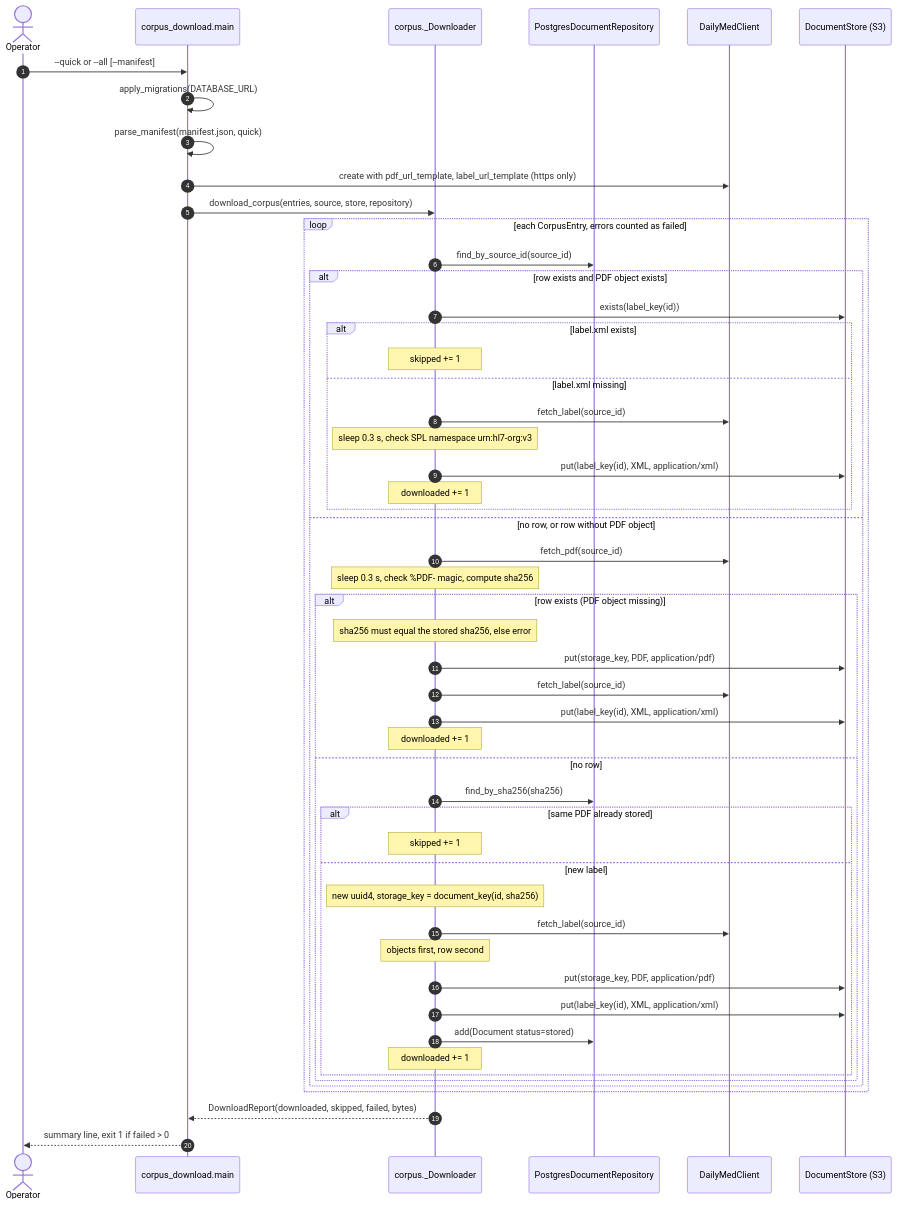
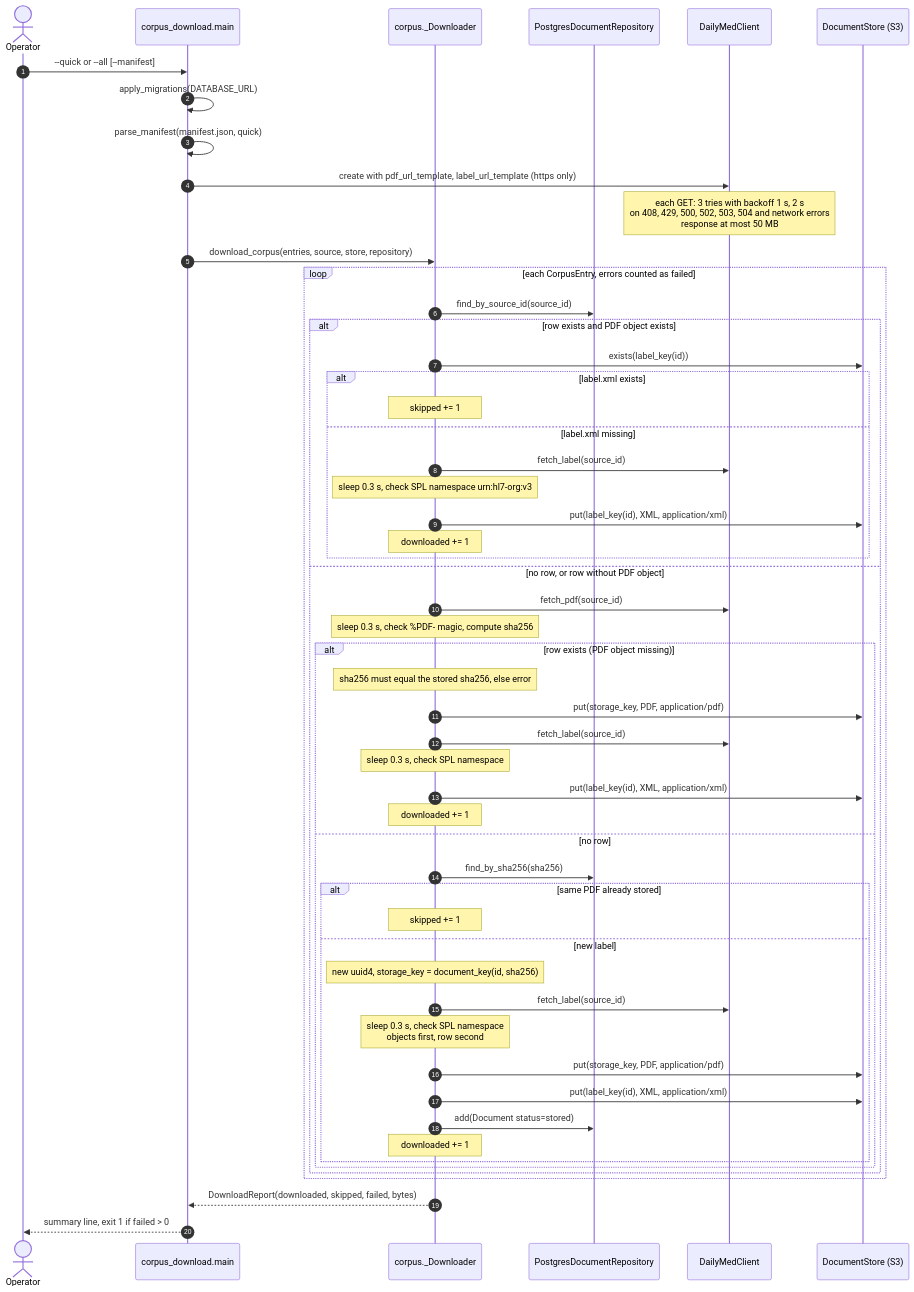
The diagram in docs/diagrams/corpus-download.md (G-MAKROGLOU/docuchat), drawn with Mermaid before and after one commit. The commit also changed other lines of this file and 6 other files, not shown here.

Commit message:
docs: update the architecture diagrams to the current code

````diff
--- a/docs/diagrams/corpus-download.md
+++ b/docs/diagrams/corpus-download.md
@@ -5,57 +7,59 @@
 ```mermaid
 sequenceDiagram
     autonumber
     actor Op as Operator
     participant CLI as corpus_download.main
     participant DL as corpus._Downloader
     participant Repo as PostgresDocumentRepository
     participant Src as DailyMedClient
     participant Store as DocumentStore (S3)
 
     Op->>CLI: --quick or --all [--manifest]
     CLI->>CLI: apply_migrations(DATABASE_URL)
     CLI->>CLI: parse_manifest(manifest.json, quick)
     CLI->>Src: create with pdf_url_template, label_url_template (https only)
+    Note over Src: each GET: 3 tries with backoff 1 s, 2 s<br/>on 408, 429, 500, 502, 503, 504 and network errors<br/>response at most 50 MB
     CLI->>DL: download_corpus(entries, source, store, repository)
 
     loop each CorpusEntry, errors counted as failed
         DL->>Repo: find_by_source_id(source_id)
         alt row exists and PDF object exists
             DL->>Store: exists(label_key(id))
             alt label.xml exists
                 Note over DL: skipped += 1
             else label.xml missing
                 DL->>Src: fetch_label(source_id)
                 Note over DL: sleep 0.3 s, check SPL namespace urn:hl7-org:v3
                 DL->>Store: put(label_key(id), XML, application/xml)
                 Note over DL: downloaded += 1
             end
         else no row, or row without PDF object
             DL->>Src: fetch_pdf(source_id)
             Note over DL: sleep 0.3 s, check %PDF- magic, compute sha256
             alt row exists (PDF object missing)
                 Note over DL: sha256 must equal the stored sha256, else error
                 DL->>Store: put(storage_key, PDF, application/pdf)
                 DL->>Src: fetch_label(source_id)
+                Note over DL: sleep 0.3 s, check SPL namespace
                 DL->>Store: put(label_key(id), XML, application/xml)
                 Note over DL: downloaded += 1
             else no row
                 DL->>Repo: find_by_sha256(sha256)
                 alt same PDF already stored
                     Note over DL: skipped += 1
                 else new label
                     Note over DL: new uuid4, storage_key = document_key(id, sha256)
                     DL->>Src: fetch_label(source_id)
-                    Note over DL: objects first, row second
+                    Note over DL: sleep 0.3 s, check SPL namespace<br/>objects first, row second
                     DL->>Store: put(storage_key, PDF, application/pdf)
                     DL->>Store: put(label_key(id), XML, application/xml)
                     DL->>Repo: add(Document status=stored)
                     Note over DL: downloaded += 1
                 end
             end
         end
     end
 
     DL-->>CLI: DownloadReport(downloaded, skipped, failed, bytes)
     CLI-->>Op: summary line, exit 1 if failed > 0
 ```
````
